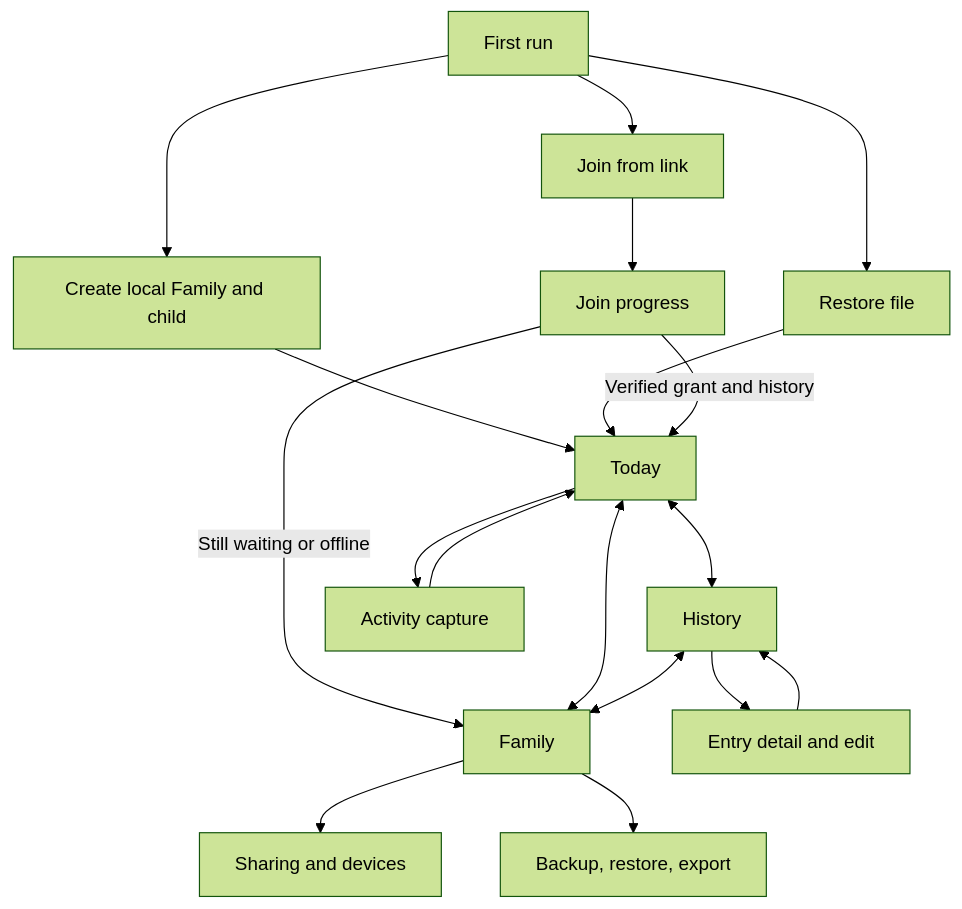
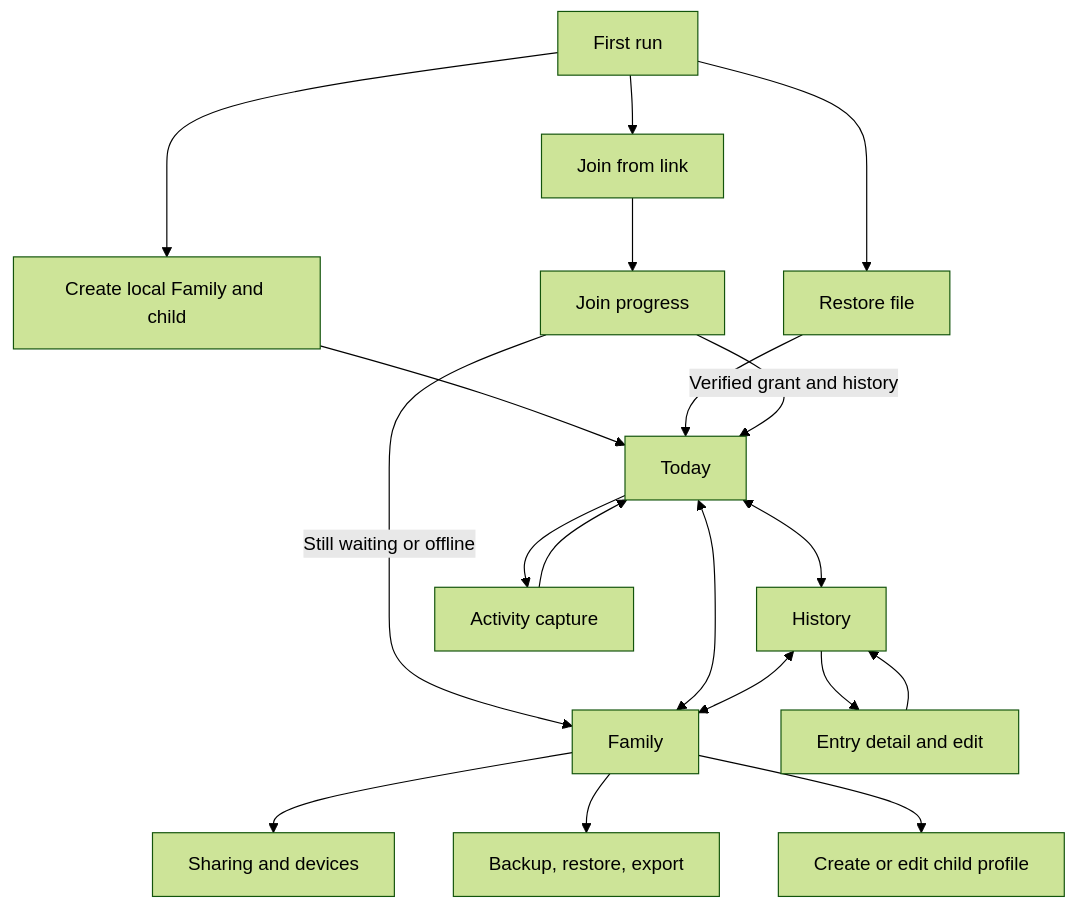
One commit to kzahel/babytrack changed the diagram in docs/topics/android-navigation.md. Above: the diagram before and after it, drawn with Mermaid (forest theme). The commit also changed other lines of this file and 9 other files, not shown here.

First line of the commit message:
Unify child profile creation and editing

````diff
--- a/docs/topics/android-navigation.md
+++ b/docs/topics/android-navigation.md
@@ -51,20 +54,21 @@
 ```mermaid
 flowchart TD
   Start[First run] --> Create[Create local Family and child]
   Start --> Join[Join from link]
   Start --> Restore[Restore file]
   Create --> Today
   Restore --> Today
   Join --> Pending[Join progress]
   Pending -->|Verified grant and history| Today
   Pending -->|Still waiting or offline| Family
   Today <--> History
   Today <--> Family
   History <--> Family
   Today --> Capture[Activity capture]
   History --> Detail[Entry detail and edit]
   Capture --> Today
   Detail --> History
   Family --> Access[Sharing and devices]
   Family --> Data[Backup, restore, export]
+  Family --> ChildProfile[Create or edit child profile]
 ```
````
